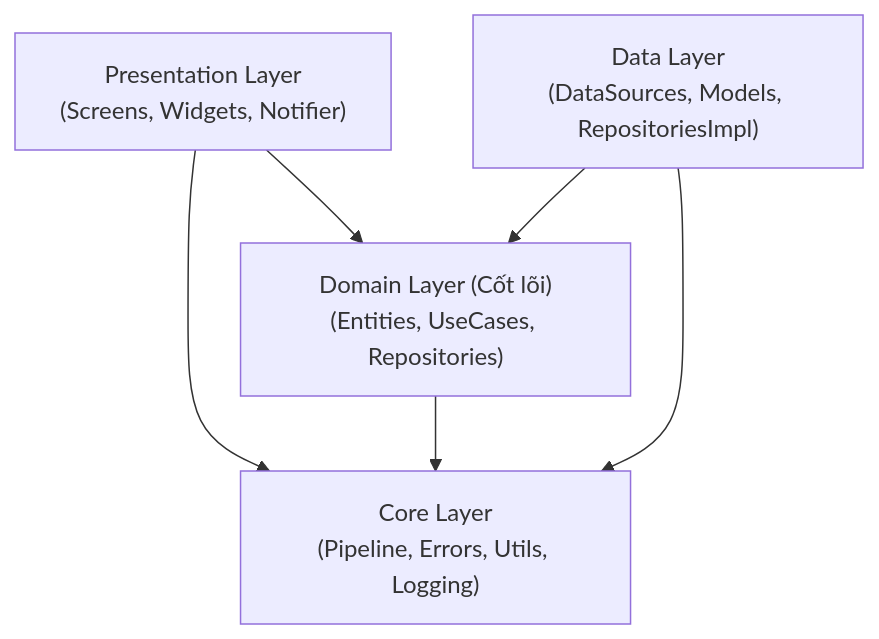
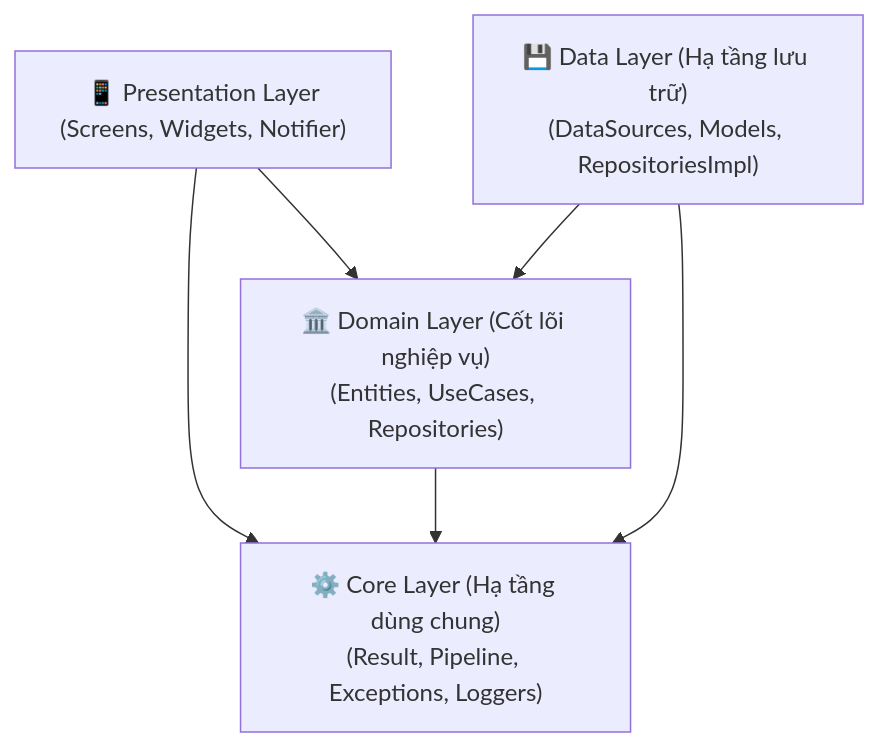
Before and after one commit to hainguyen0412/lt_dnt_khoi1: the first of 4 diagrams in docs/SLIDE_OUTLINE.md, drawn with Mermaid. The commit also changed other lines of this file and 2 other files, not shown here.

````diff
--- a/docs/SLIDE_OUTLINE.md
+++ b/docs/SLIDE_OUTLINE.md
@@ -73,8 +112,8 @@
 ```mermaid
 graph TD
-    UI["Presentation Layer<br>(Screens, Widgets, Notifier)"] --> Domain["Domain Layer (Cốt lõi)<br>(Entities, UseCases, Repositories)"]
-    Data["Data Layer<br>(DataSources, Models, RepositoriesImpl)"] --> Domain
-    UI --> Core["Core Layer<br>(Pipeline, Errors, Utils, Logging)"]
+    UI["📱 Presentation Layer<br>(Screens, Widgets, Notifier)"] --> Domain["🏛️ Domain Layer (Cốt lõi nghiệp vụ)<br>(Entities, UseCases, Repositories)"]
+    Data["💾 Data Layer (Hạ tầng lưu trữ)<br>(DataSources, Models, RepositoriesImpl)"] --> Domain
+    UI --> Core["⚙️ Core Layer (Hạ tầng dùng chung)<br>(Result, Pipeline, Exceptions, Loggers)"]
     Domain --> Core
     Data --> Core
 ```
````
